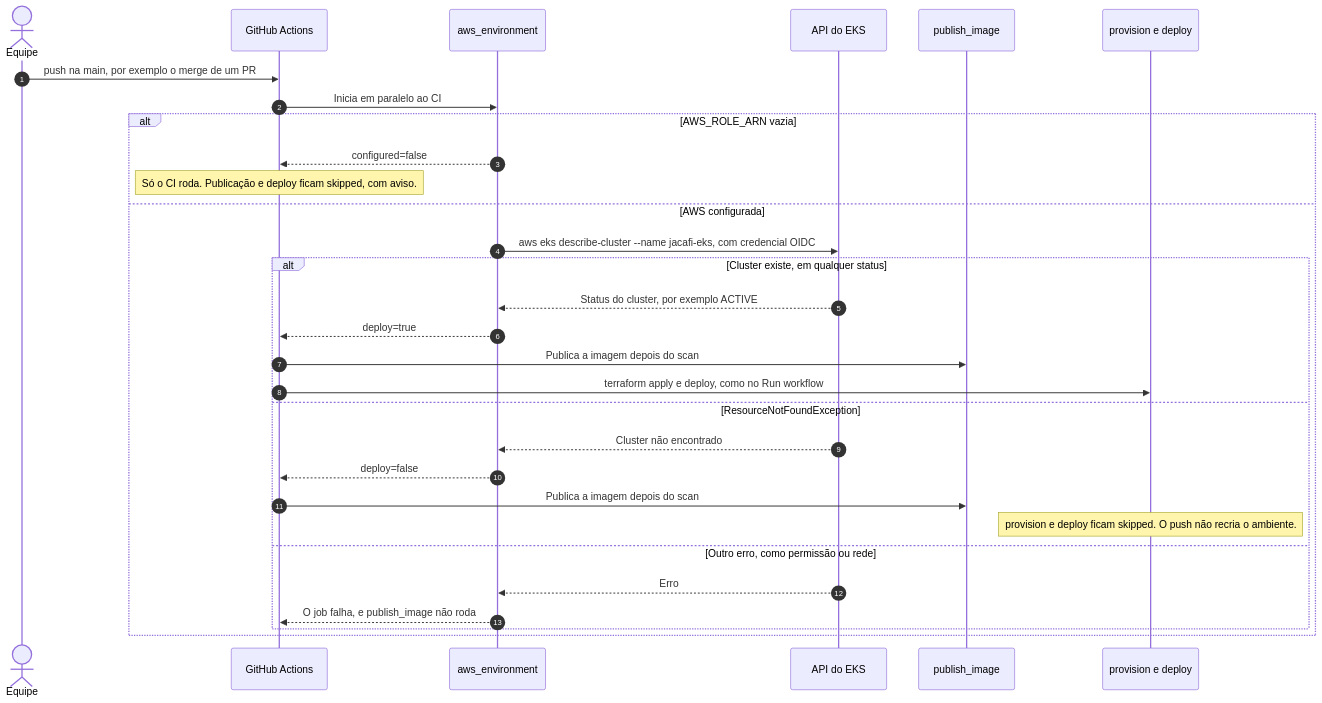
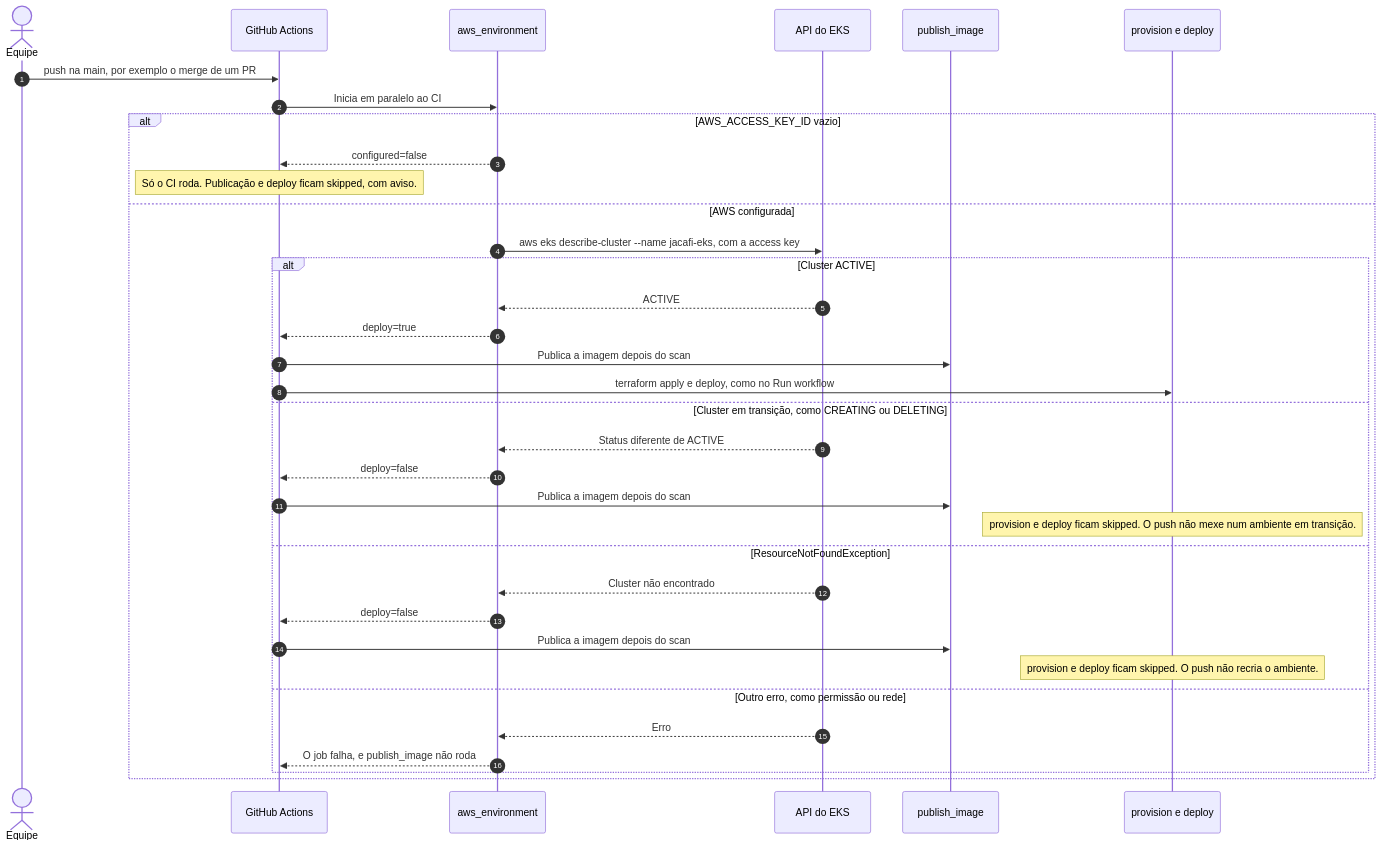
Before and after one commit to gabsevamac/JACAFI-FIAP_Tech-Challenge_01: diagram 12 of 16 in docs/arquitetura.md, drawn with Mermaid. The commit also changed other lines of this file and 4 other files, not shown here.

First line of the commit message:
docs: align docs with access-key auth and fix manual commands

````diff
--- a/docs/arquitetura.md
+++ b/docs/arquitetura.md
@@ -676,33 +674,38 @@
 ```mermaid
 sequenceDiagram
     autonumber
     actor Dev as Equipe
     participant GH as GitHub Actions
     participant Gate as aws_environment
     participant EKS as API do EKS
     participant Pub as publish_image
     participant Prov as provision e deploy
 
     Dev->>GH: push na main, por exemplo o merge de um PR
     GH->>Gate: Inicia em paralelo ao CI
-    alt AWS_ROLE_ARN vazia
+    alt AWS_ACCESS_KEY_ID vazio
         Gate-->>GH: configured=false
         Note over GH: Só o CI roda. Publicação e deploy ficam skipped, com aviso.
     else AWS configurada
-        Gate->>EKS: aws eks describe-cluster --name jacafi-eks, com credencial OIDC
-        alt Cluster existe, em qualquer status
-            EKS-->>Gate: Status do cluster, por exemplo ACTIVE
+        Gate->>EKS: aws eks describe-cluster --name jacafi-eks, com a access key
+        alt Cluster ACTIVE
+            EKS-->>Gate: ACTIVE
             Gate-->>GH: deploy=true
             GH->>Pub: Publica a imagem depois do scan
             GH->>Prov: terraform apply e deploy, como no Run workflow
+        else Cluster em transição, como CREATING ou DELETING
+            EKS-->>Gate: Status diferente de ACTIVE
+            Gate-->>GH: deploy=false
+            GH->>Pub: Publica a imagem depois do scan
+            Note over Prov: provision e deploy ficam skipped. O push não mexe num ambiente em transição.
         else ResourceNotFoundException
             EKS-->>Gate: Cluster não encontrado
             Gate-->>GH: deploy=false
             GH->>Pub: Publica a imagem depois do scan
             Note over Prov: provision e deploy ficam skipped. O push não recria o ambiente.
         else Outro erro, como permissão ou rede
             EKS-->>Gate: Erro
             Gate-->>GH: O job falha, e publish_image não roda
         end
     end
 ```
````
